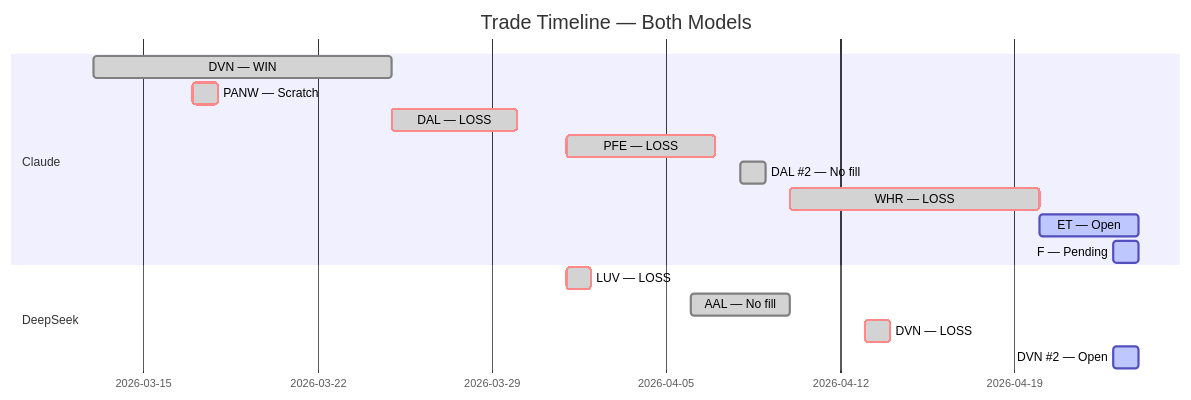
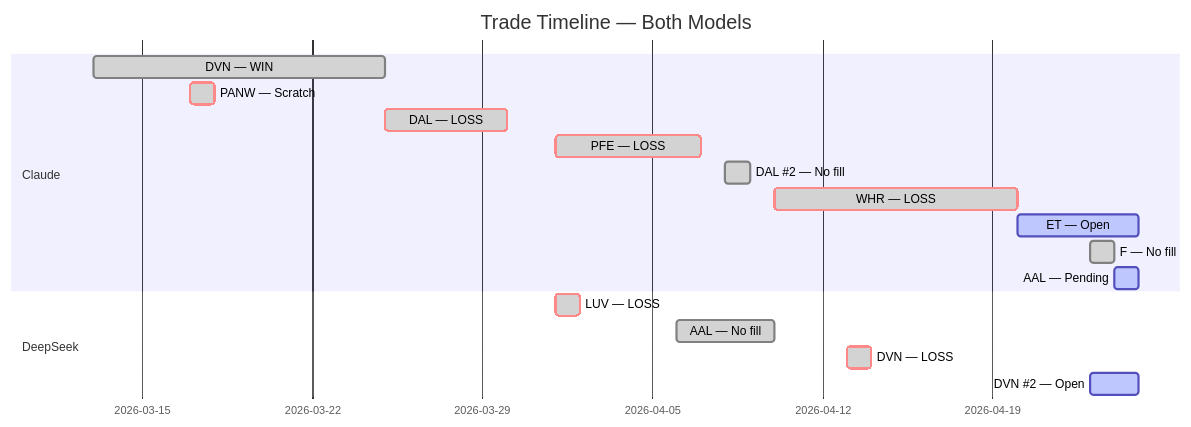
The fifth of 5 diagrams in README.md (zachisit/ai-auto-buy-thesis), drawn with Mermaid before and after one commit. The commit also changed other lines of this file and 2 other files, not shown here.

Commit message:
2026-04-24 session: ET day 5 HOLD, F no fill, AAL pending, DeepSeek DVN-002 filled

````diff
--- a/README.md
+++ b/README.md
@@ -62,19 +62,20 @@
 ```mermaid
 gantt
     title Trade Timeline — Both Models
     dateFormat YYYY-MM-DD
     section Claude
     DVN — WIN            :done,    2026-03-13, 2026-03-25
     PANW — Scratch       :crit, done, 2026-03-17, 2026-03-18
     DAL — LOSS           :crit, done, 2026-03-25, 2026-03-30
     PFE — LOSS           :crit, done, 2026-04-01, 2026-04-07
     DAL #2 — No fill     :done,    2026-04-08, 2026-04-09
     WHR — LOSS           :crit, done, 2026-04-10, 2026-04-20
-    ET — Open            :active,  2026-04-20, 2026-04-24
-    F — Pending          :active,  2026-04-23, 2026-04-24
+    ET — Open            :active,  2026-04-20, 2026-04-25
+    F — No fill          :done,    2026-04-23, 2026-04-24
+    AAL — Pending        :active,  2026-04-24, 2026-04-25
     section DeepSeek
     LUV — LOSS           :crit, done, 2026-04-01, 2026-04-02
     AAL — No fill        :done,    2026-04-06, 2026-04-10
     DVN — LOSS           :crit, done, 2026-04-13, 2026-04-14
-    DVN #2 — Open        :active,  2026-04-23, 2026-04-24
+    DVN #2 — Open        :active,  2026-04-23, 2026-04-25
 ```
````
